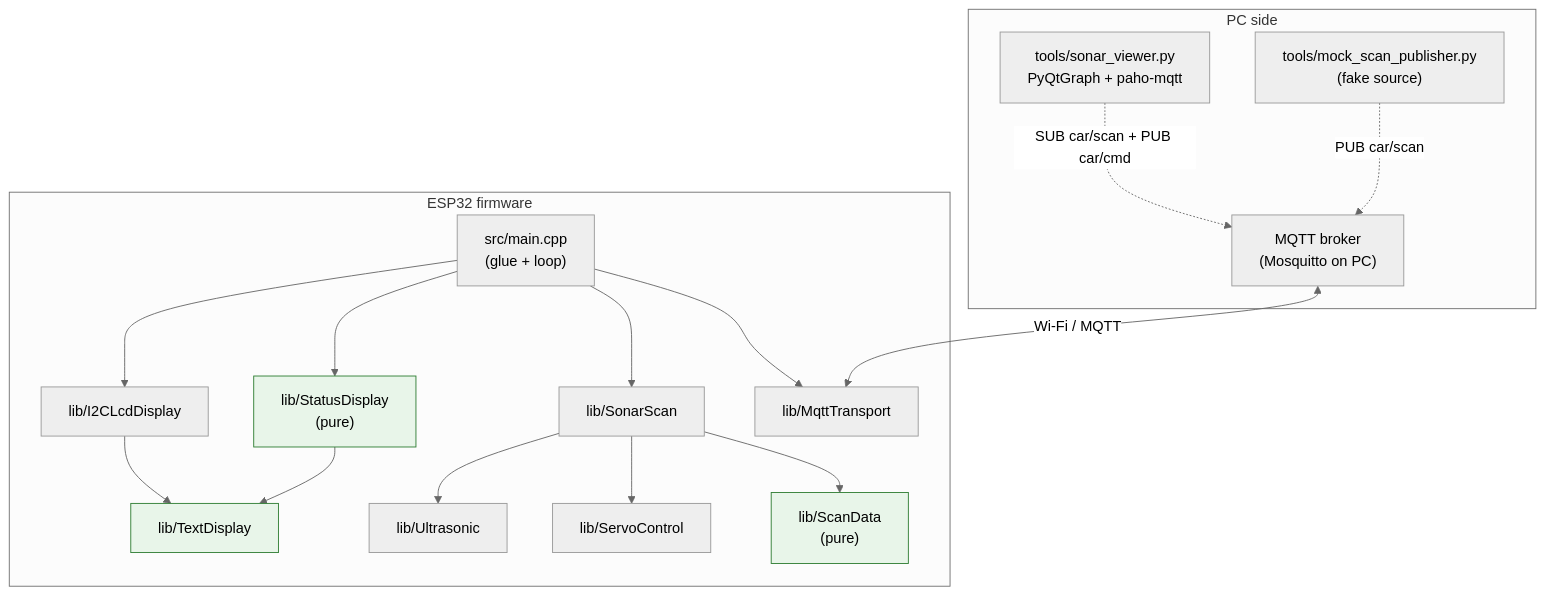
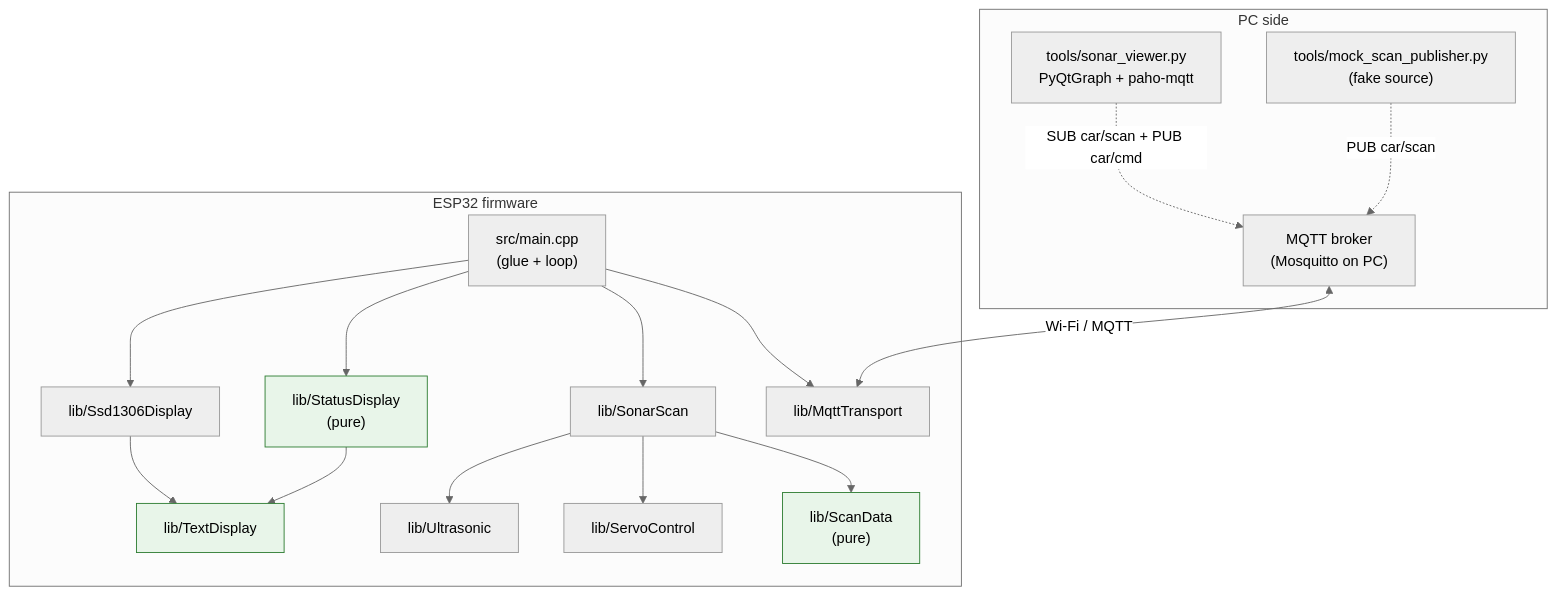
The diagram in docs/developer/index.md (Elismar13/thushimas-car), drawn with Mermaid (neutral theme) before and after one commit. The commit also changed other lines of this file and 17 other files, not shown here.

Commit message:
feature(firmware): oled display

````diff
--- a/docs/developer/index.md
+++ b/docs/developer/index.md
@@ -47,36 +47,36 @@
 ```mermaid
 flowchart TB
     subgraph pc["PC side"]
         viewer["tools/sonar_viewer.py<br/>PyQtGraph + paho-mqtt"]
         mock["tools/mock_scan_publisher.py<br/>(fake source)"]
         broker["MQTT broker<br/>(Mosquitto on PC)"]
         viewer -.SUB car/scan + PUB car/cmd.-> broker
         mock -.PUB car/scan.-> broker
     end
 
     subgraph firmware["ESP32 firmware"]
         main["src/main.cpp<br/>(glue + loop)"]
         mqtt["lib/MqttTransport"]
         scan["lib/SonarScan"]
         sdata["lib/ScanData<br/>(pure)"]
         disp["lib/StatusDisplay<br/>(pure)"]
-        lcd["lib/I2CLcdDisplay"]
+        oled["lib/Ssd1306Display"]
         txt["lib/TextDisplay"]
         sv["lib/ServoControl"]
         us["lib/Ultrasonic"]
     end
 
     broker <-->|Wi-Fi / MQTT| mqtt
     main --> mqtt
     main --> scan
     main --> disp
     scan --> sdata
     scan --> sv
     scan --> us
     disp --> txt
-    main --> lcd
-    lcd --> txt
+    main --> oled
+    oled --> txt
 
     classDef pure fill:#e8f5e9,stroke:#2e7d32
     class sdata,disp,txt pure
 ```
````
